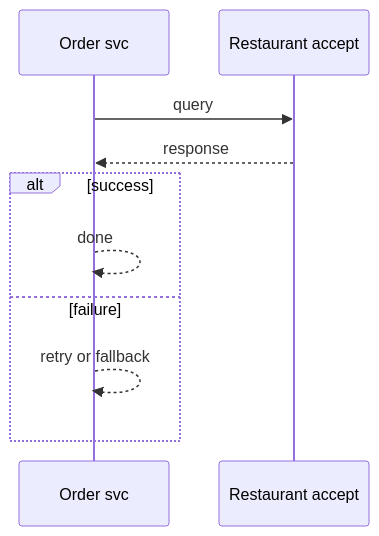
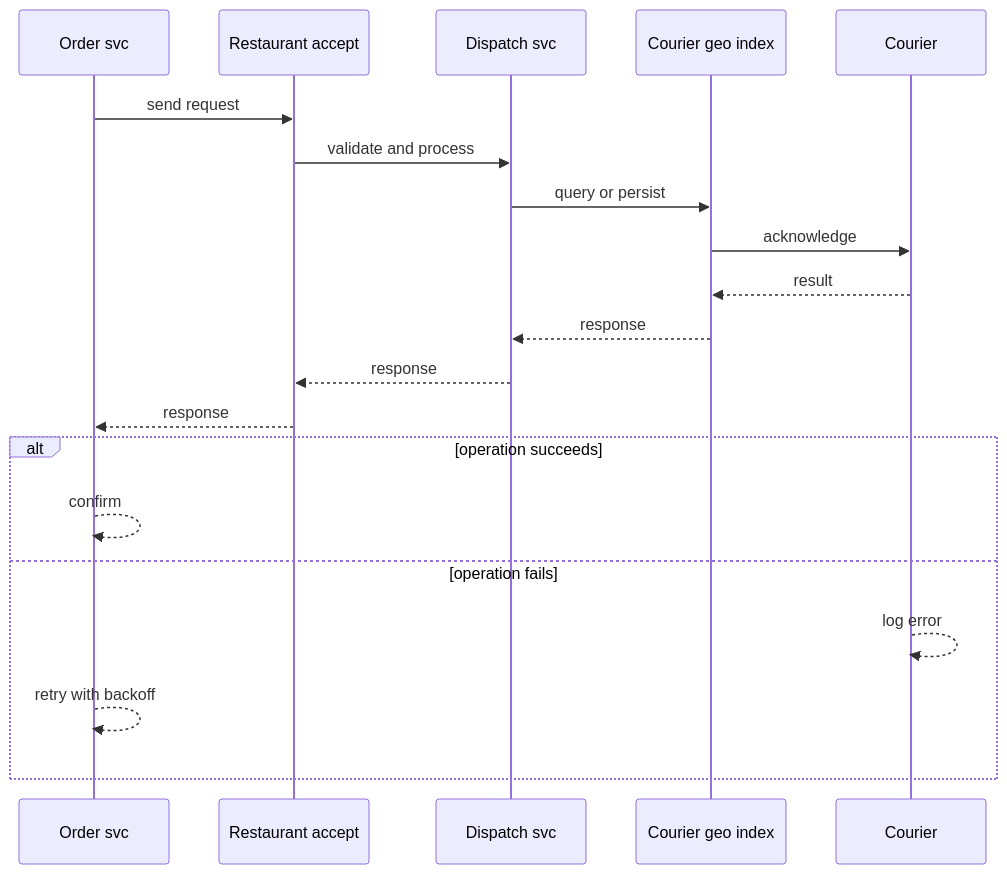
Before and after one commit to RIT-MESH/system-design-mastery: the second of 4 diagrams in case-studies/advanced/food-delivery.md, drawn with Mermaid. The commit also changed other lines of this file and 64 other files, not shown here.

````diff
--- a/case-studies/advanced/food-delivery.md
+++ b/case-studies/advanced/food-delivery.md
@@ -77,13 +65,23 @@
 ```mermaid
 %% created-for: system-design-mastery
 sequenceDiagram
-  participant P0 as Order svc
-  participant P1 as Restaurant accept
-  P0 ->> P1: query
-  P1 -->> P0: response
-  alt success
-    P0 -->> P0: done
-  else failure
-    P0 -->> P0: retry or fallback
+  participant C0 as Order svc
+  participant C1 as Restaurant accept
+  participant C2 as Dispatch svc
+  participant C3 as Courier geo index
+  participant C4 as Courier
+  C0 ->> C1: send request
+  C1 ->> C2: validate and process
+  C2 ->> C3: query or persist
+  C3 ->> C4: acknowledge
+  C4 -->> C3: result
+  C3 -->> C2: response
+  C2 -->> C1: response
+  C1 -->> C0: response
+  alt operation succeeds
+    C0 -->> C0: confirm
+  else operation fails
+    C4 -->> C4: log error
+    C0 -->> C0: retry with backoff
   end
 ```
````
